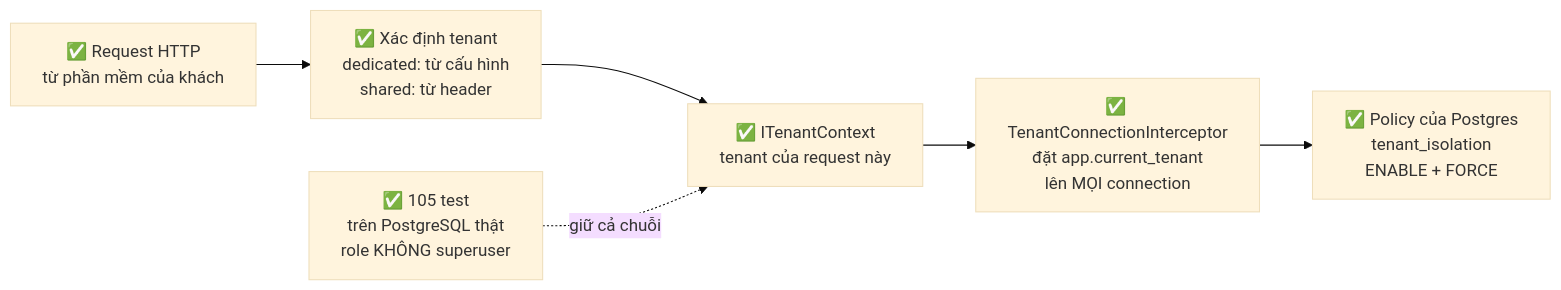
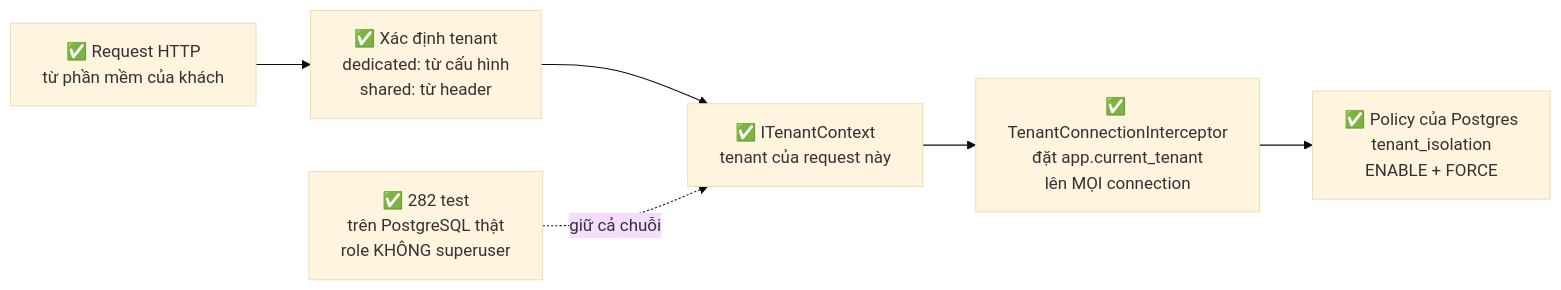
Before and after one commit to pvanh2706/ai-operational-platform: the fourth of 4 diagrams in README.md, drawn with Mermaid (base theme). The commit also changed other lines of this file and 20 other files, not shown here.

````diff
--- a/README.md
+++ b/README.md
@@ -377,11 +432,11 @@
 ```mermaid
 flowchart LR
     R["✅ Request HTTP<br/>từ phần mềm của khách"]
     M["✅ Xác định tenant<br/>dedicated: từ cấu hình<br/>shared: từ header"]
     A["✅ ITenantContext<br/>tenant của request này"]
     B["✅ TenantConnectionInterceptor<br/>đặt app.current_tenant<br/>lên MỌI connection"]
     C["✅ Policy của Postgres<br/>tenant_isolation<br/>ENABLE + FORCE"]
-    D["✅ 105 test<br/>trên PostgreSQL thật<br/>role KHÔNG superuser"]
+    D["✅ 282 test<br/>trên PostgreSQL thật<br/>role KHÔNG superuser"]
     R --> M --> A --> B --> C
     D -.->|giữ cả chuỗi| A
 ```
````
